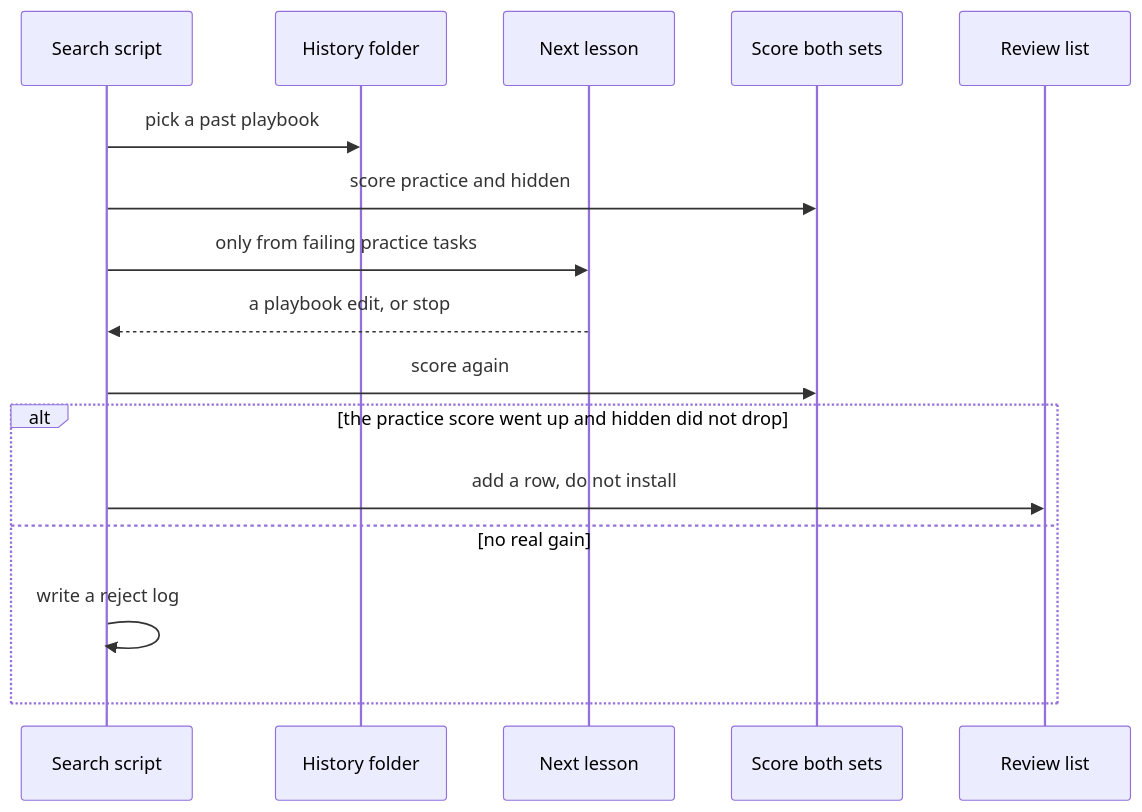
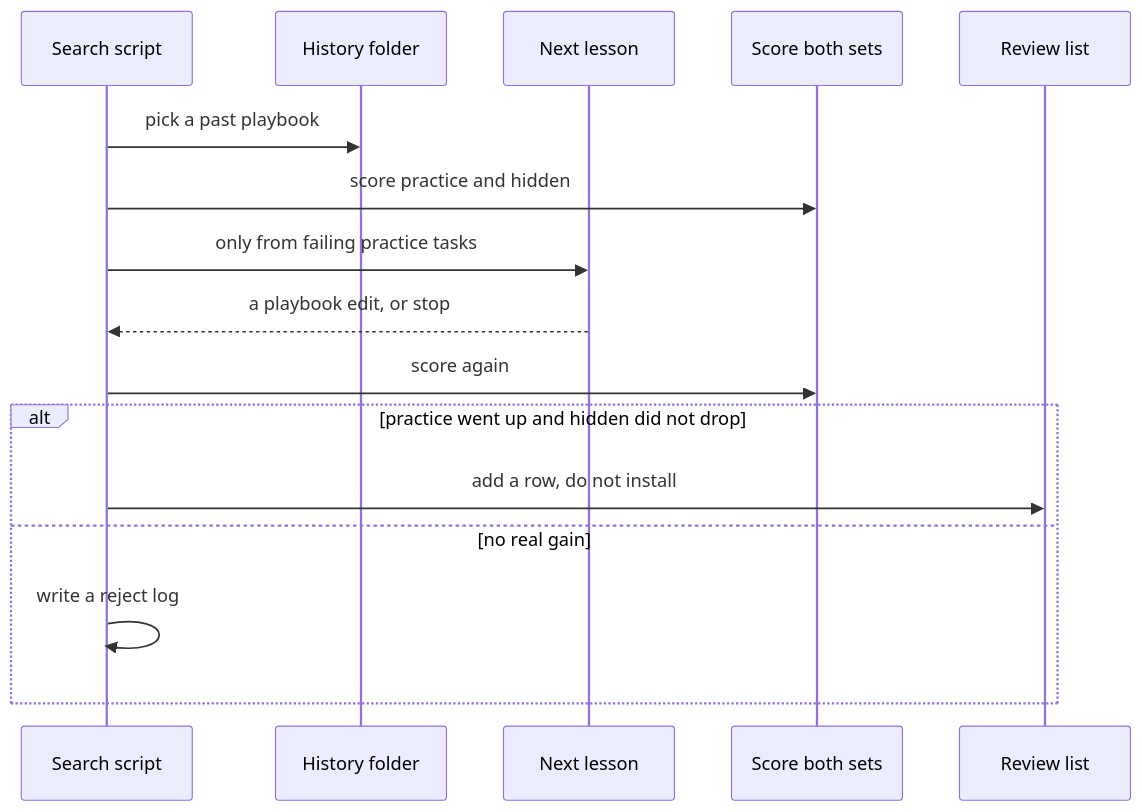
Before and after one commit to Vinayak-RZ/Improveness: the second of 3 diagrams in README.md, drawn with Mermaid. The commit also changed other lines of this file, not shown here.

````diff
--- a/README.md
+++ b/README.md
@@ -127,18 +217,18 @@
 ```mermaid
 sequenceDiagram
   participant Search as Search script
   participant History as History folder
   participant Lessons as Next lesson
   participant Score as Score both sets
   participant Queue as Review list
   Search->>History: pick a past playbook
   Search->>Score: score practice and hidden
   Search->>Lessons: only from failing practice tasks
   Lessons-->>Search: a playbook edit, or stop
   Search->>Score: score again
-  alt the practice score went up and hidden did not drop
+  alt practice went up and hidden did not drop
     Search->>Queue: add a row, do not install
   else no real gain
     Search->>Search: write a reject log
   end
 ```
````
